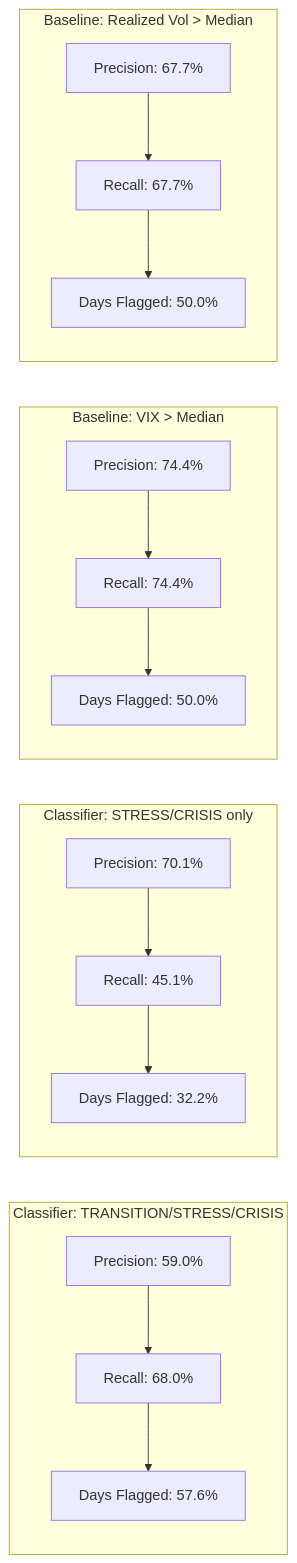
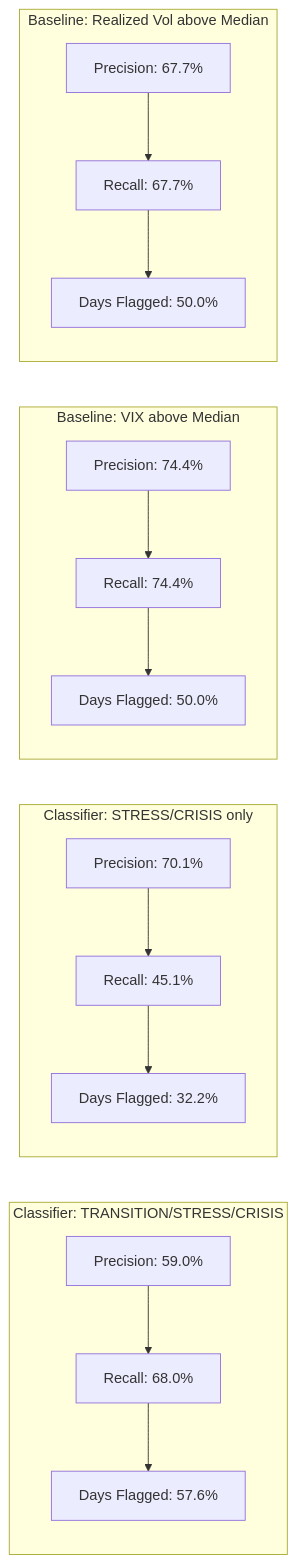
Before and after one commit to VarunGore36/regime-classifier: the second of 20 diagrams in VISUALIZATION.md, drawn with Mermaid. The commit also changed other lines of this file, not shown here.

````diff
--- a/VISUALIZATION.md
+++ b/VISUALIZATION.md
@@ -27,15 +27,15 @@
 ```mermaid
 flowchart LR
     subgraph "Classifier: TRANSITION/STRESS/CRISIS"
         C1[Precision: 59.0%] --> C2[Recall: 68.0%] --> C3[Days Flagged: 57.6%]
     end
     subgraph "Classifier: STRESS/CRISIS only"
         D1[Precision: 70.1%] --> D2[Recall: 45.1%] --> D3[Days Flagged: 32.2%]
     end
-    subgraph "Baseline: VIX > Median"
+    subgraph "Baseline: VIX above Median"
         E1[Precision: 74.4%] --> E2[Recall: 74.4%] --> E3[Days Flagged: 50.0%]
     end
-    subgraph "Baseline: Realized Vol > Median"
+    subgraph "Baseline: Realized Vol above Median"
         F1[Precision: 67.7%] --> F2[Recall: 67.7%] --> F3[Days Flagged: 50.0%]
     end
 ```
````
